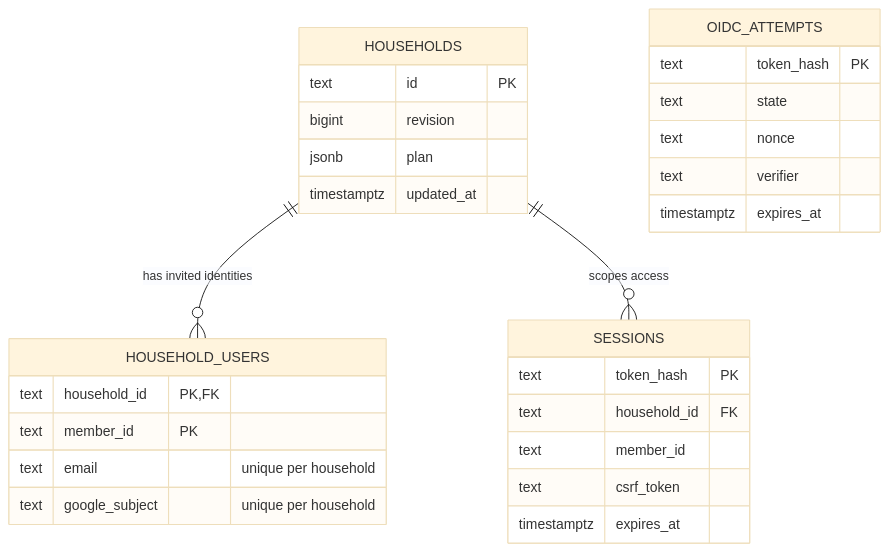
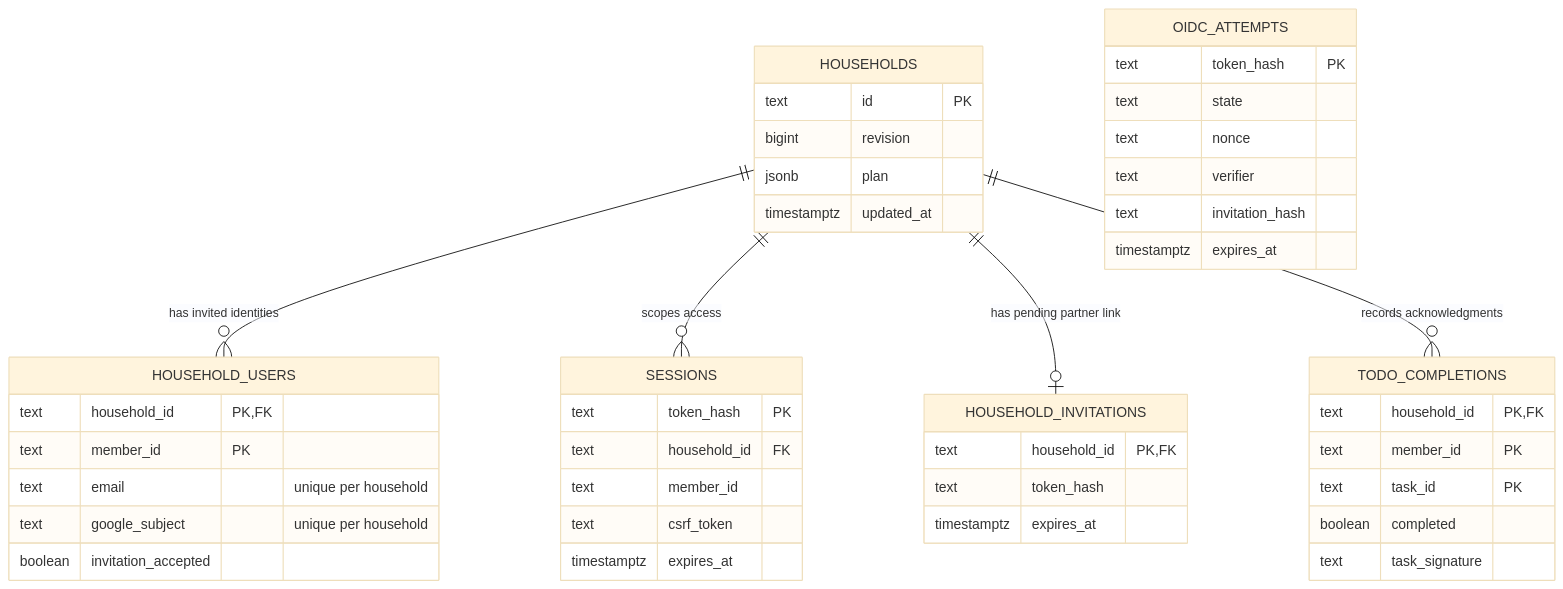
Before and after one commit to MichaelGorman2004/Bank-Piggy: the first of 2 diagrams in docs/system-design/data-model.md, drawn with Mermaid (base theme). The commit also changed other lines of this file and 138 other files, not shown here.

````diff
--- a/docs/system-design/data-model.md
+++ b/docs/system-design/data-model.md
@@ -7,31 +7,47 @@
 ```mermaid
 erDiagram
     HOUSEHOLDS ||--o{ HOUSEHOLD_USERS : "has invited identities"
     HOUSEHOLDS ||--o{ SESSIONS : "scopes access"
+    HOUSEHOLDS ||--o| HOUSEHOLD_INVITATIONS : "has pending partner link"
+    HOUSEHOLDS ||--o{ TODO_COMPLETIONS : "records acknowledgments"
     HOUSEHOLDS {
         text id PK
         bigint revision
         jsonb plan
         timestamptz updated_at
     }
     HOUSEHOLD_USERS {
         text household_id PK,FK
         text member_id PK
         text email "unique per household"
         text google_subject "unique per household"
+        boolean invitation_accepted
     }
     SESSIONS {
         text token_hash PK
         text household_id FK
         text member_id
         text csrf_token
         timestamptz expires_at
     }
     OIDC_ATTEMPTS {
         text token_hash PK
         text state
         text nonce
         text verifier
+        text invitation_hash
         timestamptz expires_at
     }
+    HOUSEHOLD_INVITATIONS {
+        text household_id PK,FK
+        text token_hash
+        timestamptz expires_at
+    }
+    TODO_COMPLETIONS {
+        text household_id PK,FK
+        text member_id PK
+        text task_id PK
+        boolean completed
+        text task_signature
+    }
 ```
````
